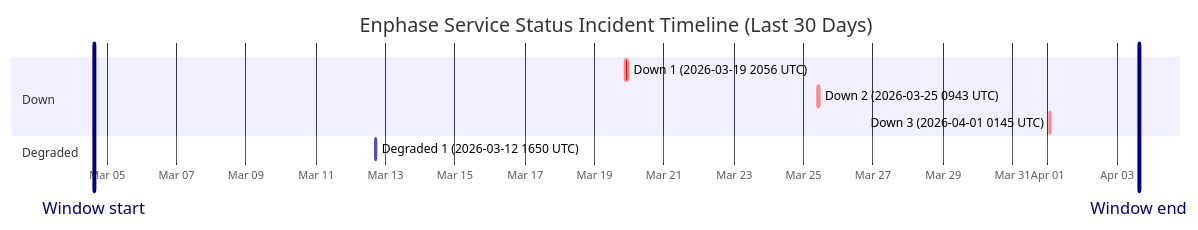
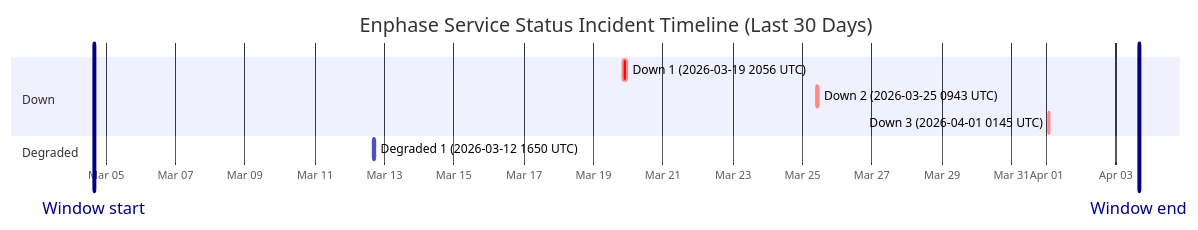
Before and after one commit to barneyonline/ha-enphase-ev-charger: the diagram in wiki/Service-Status-History.md, drawn with Mermaid. The commit also changed other lines of this file and 3 other files, not shown here.

````diff
--- a/wiki/Service-Status-History.md
+++ b/wiki/Service-Status-History.md
@@ -14,14 +14,14 @@
 ```mermaid
 gantt
     title Enphase Service Status Incident Timeline (Last 30 Days)
     dateFormat  YYYY-MM-DDTHH:mm:ss
     axisFormat  %b %d
-    Window start :vert, window-start, 2026-03-04T15:08:31, 0ms
-    Window end :vert, window-end, 2026-04-03T15:08:31, 0ms
+    Window start :vert, window-start, 2026-03-04T16:01:05, 0ms
+    Window end :vert, window-end, 2026-04-03T16:01:05, 0ms
     section Down
     Down 1 (2026-03-19 2056 UTC) :crit, down-1, 2026-03-19T20:56:20, 145m
     Down 2 (2026-03-25 0943 UTC) :crit, down-2, 2026-03-25T09:43:28, 111m
     Down 3 (2026-04-01 0145 UTC) :crit, down-3, 2026-04-01T01:45:09, 60m
     section Degraded
     Degraded 1 (2026-03-12 1650 UTC) :active, degraded-1, 2026-03-12T16:50:43, 60m
 ```
````
